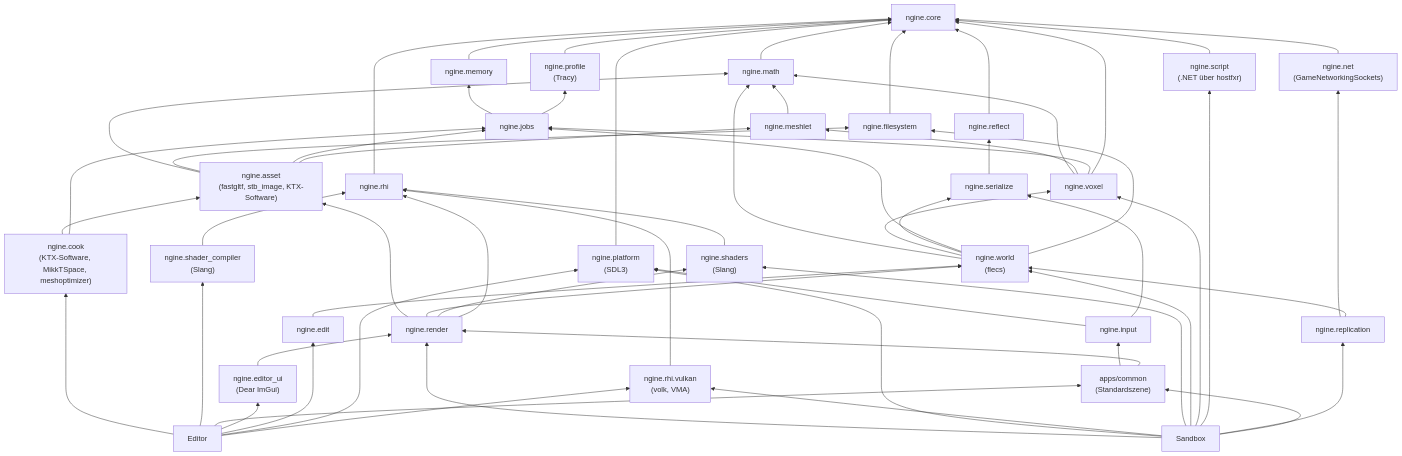
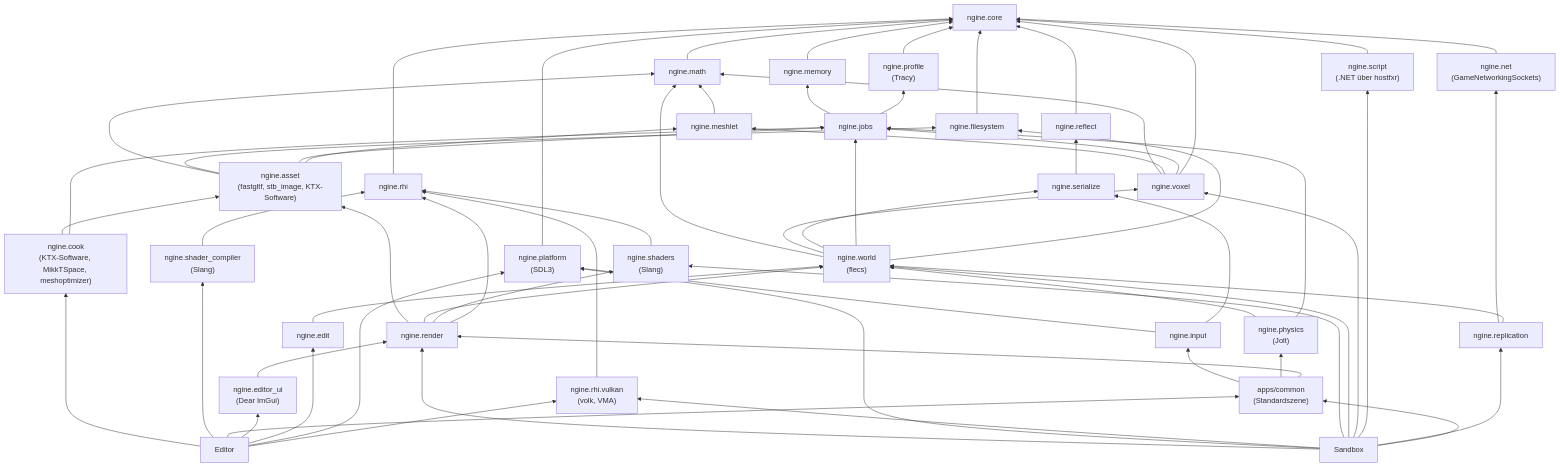
Before and after one commit to viiez/ngine: the second of 17 diagrams in docs/architecture.md, drawn with Mermaid. The commit also changed other lines of this file and 25 other files, not shown here.

```diff
--- a/docs/architecture.md
+++ b/docs/architecture.md
@@ -72,6 +73,10 @@
     reflect["ngine.reflect"]
     serialize["ngine.serialize"]
     world["ngine.world<br/>(flecs)"]
+    physics["ngine.physics<br/>(Jolt)"]
+    physics --> world
+    physics --> jobs
+    common --> physics
     voxel["ngine.voxel"]
     meshlet["ngine.meshlet"]
     script["ngine.script<br/>(.NET über hostfxr)"]
```
